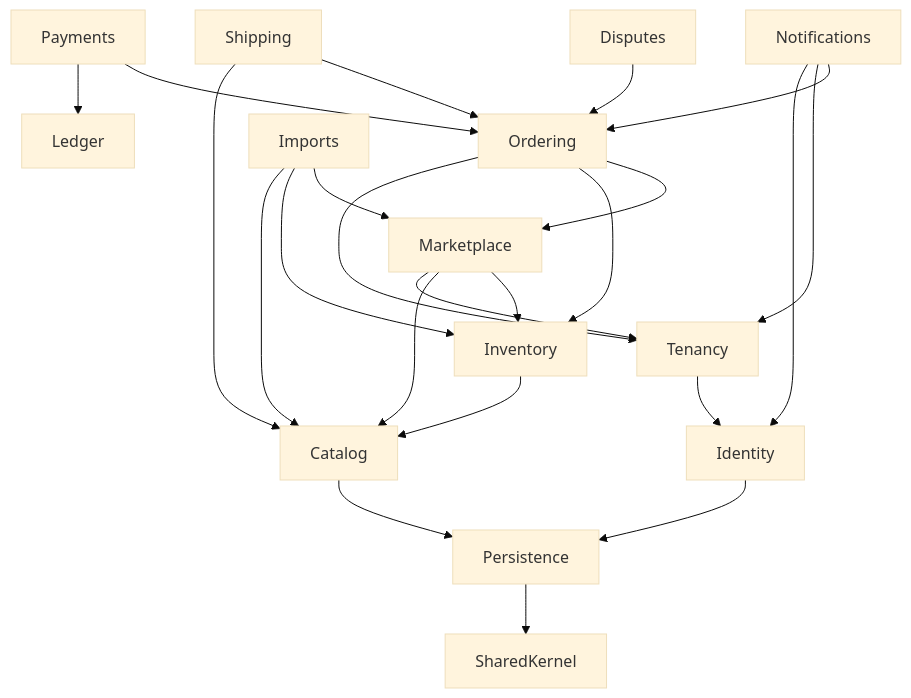
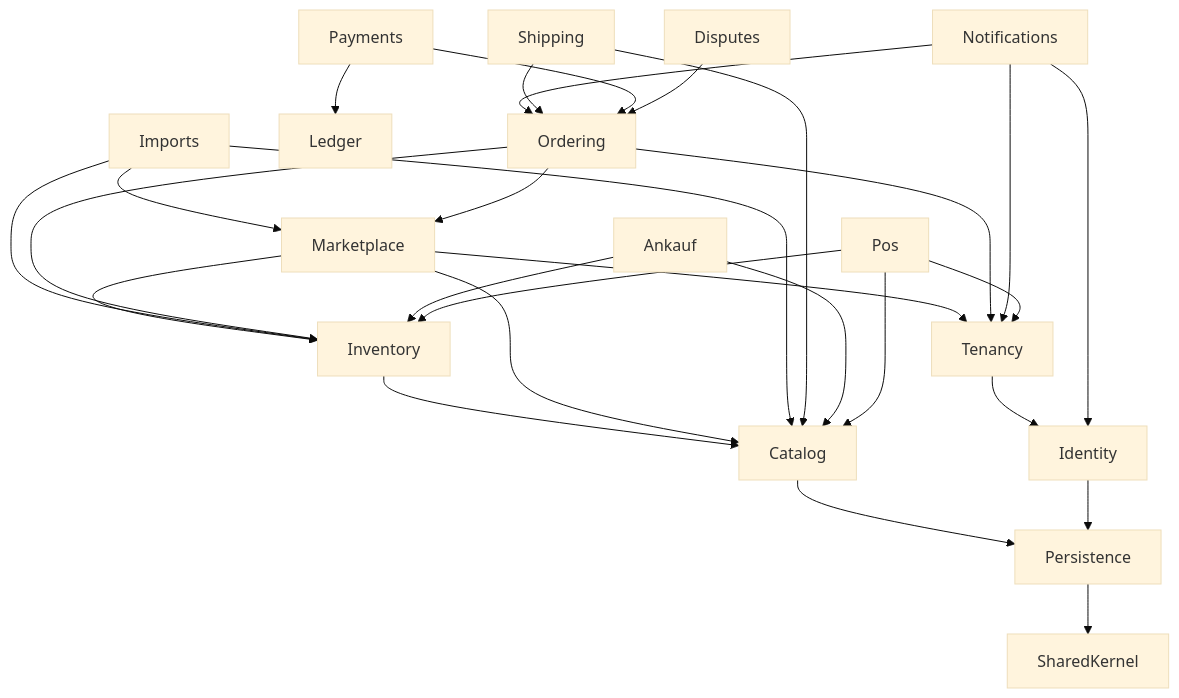
One commit to sedatakyol-49/handyNet changed the second of 2 diagrams in docs/architecture.md. Above: the diagram before and after it, drawn with Mermaid (base theme). The commit also changed other lines of this file and 41 other files, not shown here.

````diff
--- a/docs/architecture.md
+++ b/docs/architecture.md
@@ -24,25 +24,30 @@
 ```mermaid
 flowchart TD
+    Pos --> Inventory
+    Pos --> Catalog
+    Pos --> Tenancy
+    Ankauf --> Inventory
+    Ankauf --> Catalog
     Disputes --> Ordering
     Payments --> Ordering
     Payments --> Ledger
     Shipping --> Ordering
     Shipping --> Catalog
     Notifications --> Ordering
     Notifications --> Tenancy
     Notifications --> Identity
     Ordering --> Marketplace
     Ordering --> Inventory
     Ordering --> Tenancy
     Imports --> Marketplace
     Imports --> Inventory
     Imports --> Catalog
     Marketplace --> Inventory
     Marketplace --> Catalog
     Marketplace --> Tenancy
     Inventory --> Catalog
     Tenancy --> Identity
     Identity --> Persistence
     Catalog --> Persistence
     Persistence --> SharedKernel
 ```
````
